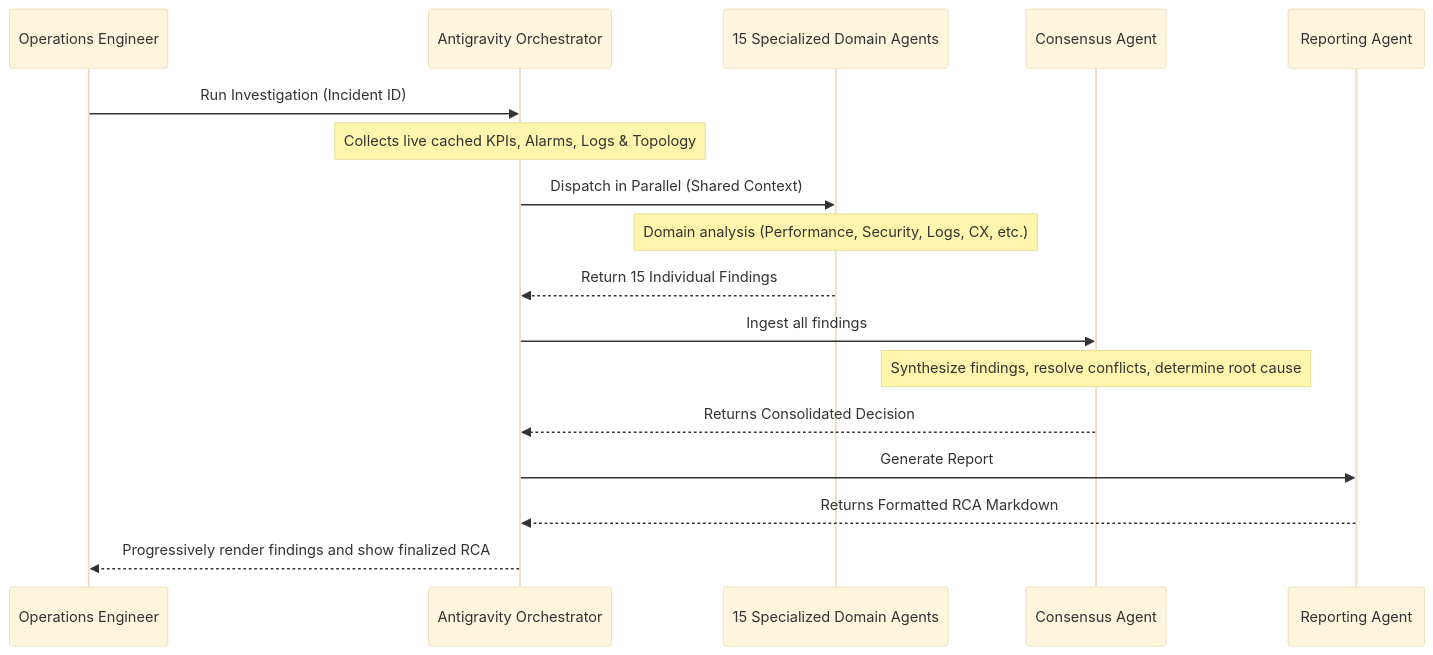
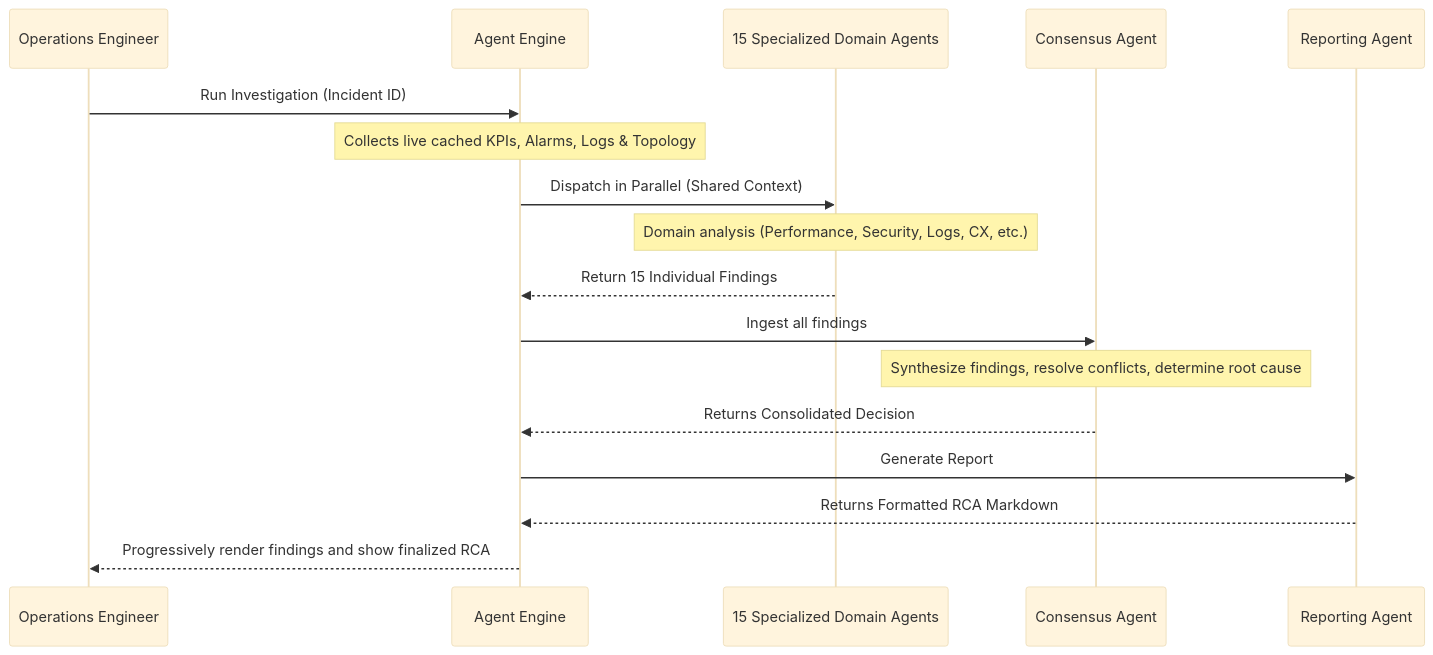
The second of 2 diagrams in docs/AMD_EVALUATION_WALKTHROUGH.md (syedfasihshah19/Teletach-OS), drawn with Mermaid (base theme) before and after one commit. The commit also changed other lines of this file and 2 other files, not shown here.

````diff
--- a/docs/AMD_EVALUATION_WALKTHROUGH.md
+++ b/docs/AMD_EVALUATION_WALKTHROUGH.md
@@ -40,20 +40,20 @@
 ```mermaid
 sequenceDiagram
     participant User as Operations Engineer
-    participant Engine as Antigravity Orchestrator
+    participant Engine as Agent Engine
     participant Agents as 15 Specialized Domain Agents
     participant Consensus as Consensus Agent
     participant Report as Reporting Agent
 
     User->>Engine: Run Investigation (Incident ID)
     note over Engine: Collects live cached KPIs, Alarms, Logs & Topology
     Engine->>Agents: Dispatch in Parallel (Shared Context)
     note over Agents: Domain analysis (Performance, Security, Logs, CX, etc.)
     Agents-->>Engine: Return 15 Individual Findings
     Engine->>Consensus: Ingest all findings
     note over Consensus: Synthesize findings, resolve conflicts, determine root cause
     Consensus-->>Engine: Returns Consolidated Decision
     Engine->>Report: Generate Report
     Report-->>Engine: Returns Formatted RCA Markdown
     Engine-->>User: Progressively render findings and show finalized RCA
 ```
````
